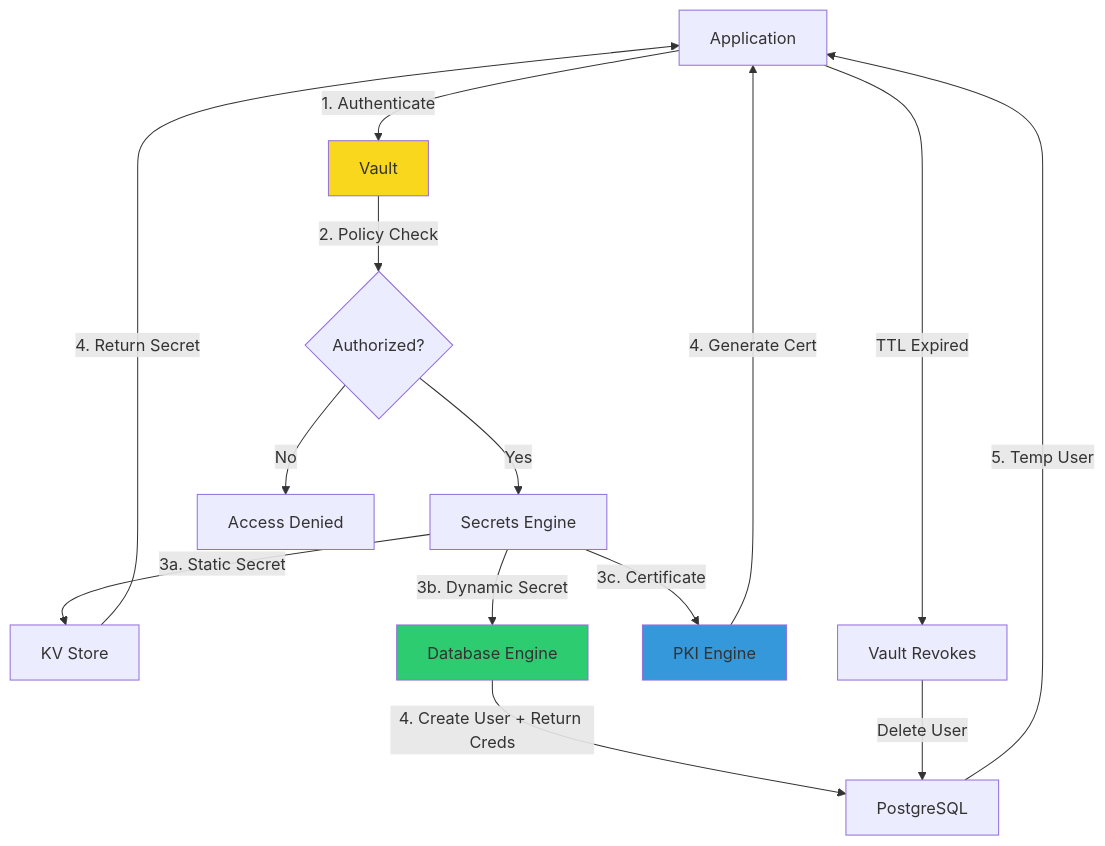
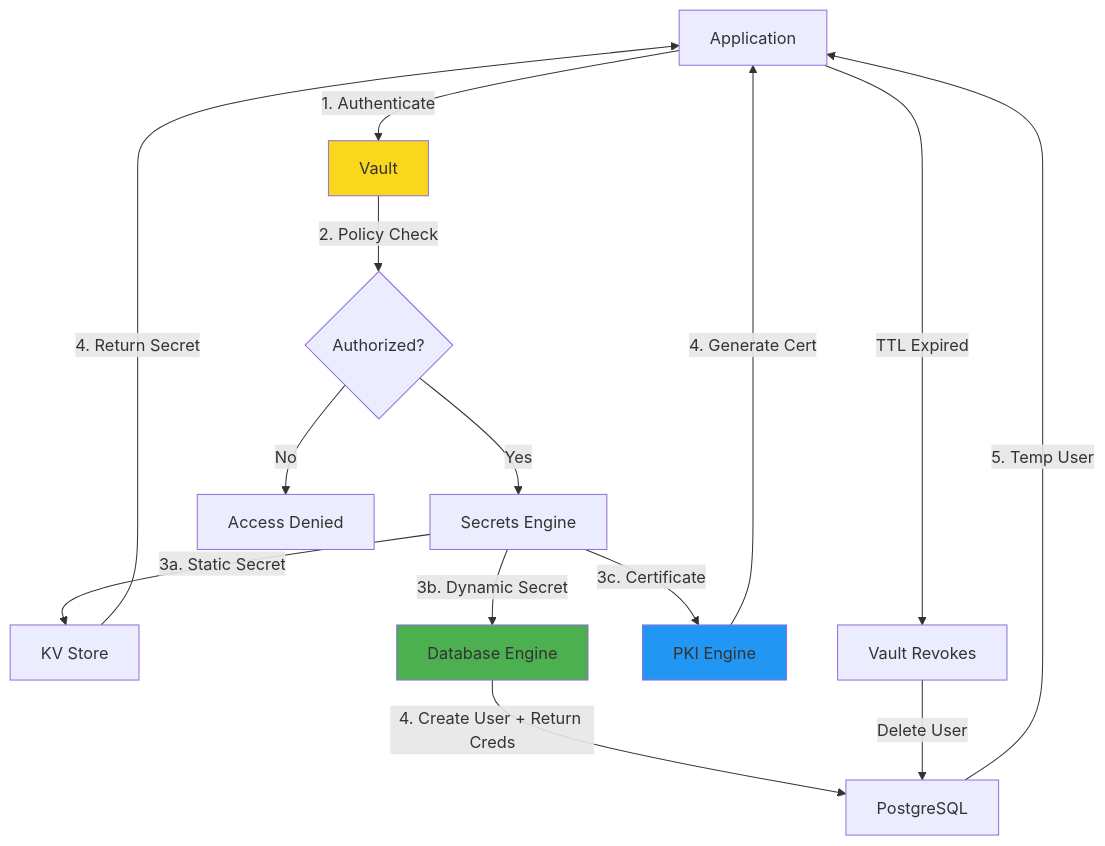
One commit to VBlackJack/ShellBook changed the first of 2 diagrams in docs/security/hashicorp-vault.md. Above: the diagram before and after it, drawn with Mermaid. The commit also changed other lines of this file and 337 other files, not shown here.

First line of the commit message:
refactor(docs): Standardize code blocks and Mermaid colors

````diff
--- a/docs/security/hashicorp-vault.md
+++ b/docs/security/hashicorp-vault.md
@@ -61,23 +61,23 @@
 ```mermaid
 flowchart TD
     A[Application] -->|1. Authenticate| B[Vault]
     B -->|2. Policy Check| C{Authorized?}
     C -->|Yes| D[Secrets Engine]
     C -->|No| E[Access Denied]
 
     D -->|3a. Static Secret| F[KV Store]
     D -->|3b. Dynamic Secret| G[Database Engine]
     D -->|3c. Certificate| H[PKI Engine]
 
     F -->|4. Return Secret| A
     G -->|4. Create User + Return Creds| I[PostgreSQL]
     I -->|5. Temp User| A
     H -->|4. Generate Cert| A
 
     A -->|TTL Expired| J[Vault Revokes]
     J -->|Delete User| I
 
     style B fill:#f9d71c
-    style G fill:#2ecc71
-    style H fill:#3498db
+    style G fill:#4CAF50
+    style H fill:#2196F3
 ```
````
